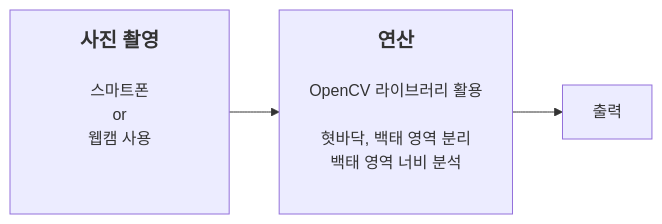
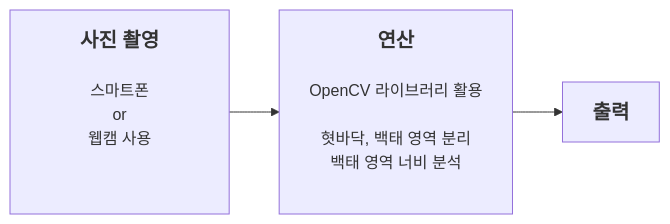
The diagram in Readme.md (201710808/-p), drawn with Mermaid before and after one commit.

````diff
--- a/Readme.md
+++ b/Readme.md
@@ -3,5 +3,5 @@
 ```mermaid
 graph LR
 A[<b><span style='font-size:20px'>  사진 촬영  </span></b><br><br>스마트폰\nor\n웹캠 사용<br><br><br>]-->B[<b><span style='font-size:20px'>연산</span></b><br><br>OpenCV 라이브러리 활용<br><br>혓바닥, 백태 영역 분리<br>백태 영역 너비 분석<br><br>]
-B-->C[출력]
+B-->C[<b><span style='font-size:20px'>출력</span></b>]
 ```
````
